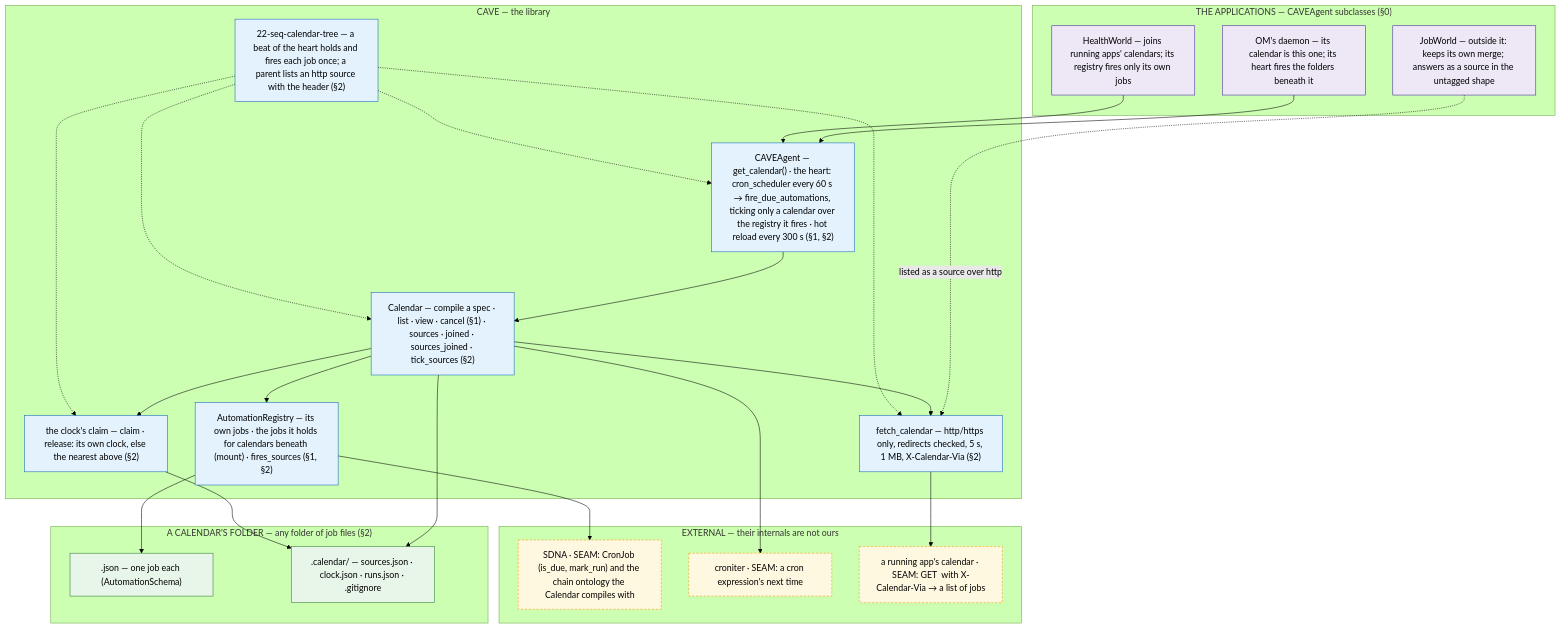
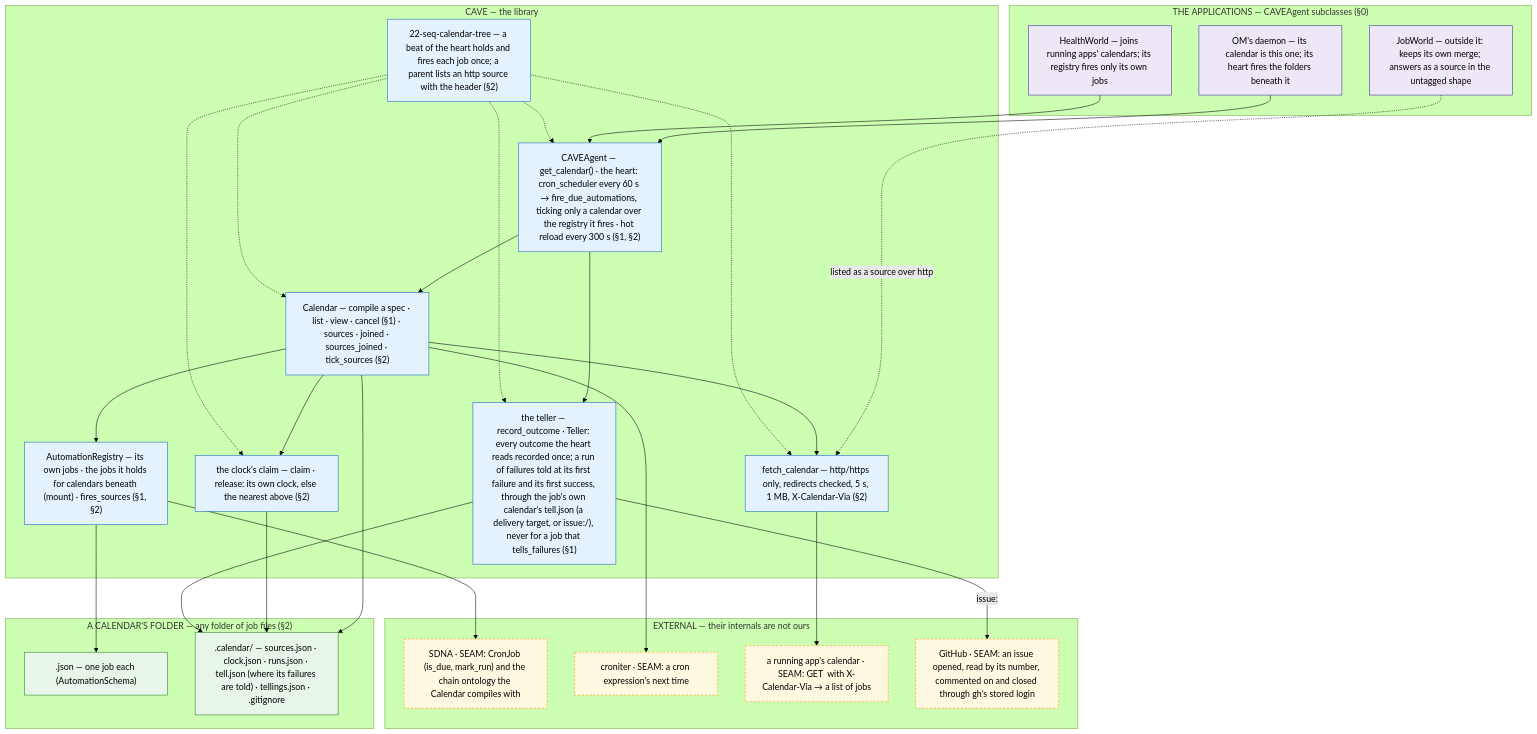
The diagram in .claude/rules/21-architecture-diagrams.md (sancovp/cave), drawn with Mermaid (forest theme) before and after one commit. The commit also changed 14 other files, not shown here.

````diff
--- a/.claude/rules/21-architecture-diagrams.md
+++ b/.claude/rules/21-architecture-diagrams.md
@@ -12,48 +12,54 @@
 ```mermaid
 flowchart TB
   classDef app fill:#ede7f6,stroke:#4527a0;
   classDef core fill:#e3f2fd,stroke:#1565c0;
   classDef store fill:#e8f5e9,stroke:#2e7d32;
   classDef dep fill:#fff8e1,stroke:#ff8f00,stroke-dasharray:4 3;
 
   subgraph APPS["THE APPLICATIONS — CAVEAgent subclasses (§0)"]
     OM["OM's daemon — its calendar is this one; its heart fires the folders beneath it"]:::app
     HW["HealthWorld — joins running apps' calendars; its registry fires only its own jobs"]:::app
     JW["JobWorld — outside it: keeps its own merge; answers as a source in the untagged shape"]:::app
   end
   subgraph CAVE["CAVE — the library"]
     AGENT["CAVEAgent — get_calendar() · the heart: cron_scheduler every 60 s → fire_due_automations, ticking only a calendar over the registry it fires · hot reload every 300 s (§1, §2)"]:::core
     CAL["Calendar — compile a spec · list · view · cancel (§1) · sources · joined · sources_joined · tick_sources (§2)"]:::core
     CLAIM["the clock's claim — claim · release: its own clock, else the nearest above (§2)"]:::core
     REG["AutomationRegistry — its own jobs · the jobs it holds for calendars beneath (mount) · fires_sources (§1, §2)"]:::core
     FETCH["fetch_calendar — http/https only, redirects checked, 5 s, 1 MB, X-Calendar-Via (§2)"]:::core
+    TELL["the teller — record_outcome · Teller: every outcome the heart reads recorded once; a run of failures told at its first failure and its first success, through the job's own calendar's tell.json (a delivery target, or issue:<owner>/<repo>), never for a job that tells_failures (§1)"]:::core
     FLOW["22-seq-calendar-tree — a beat of the heart holds and fires each job once; a parent lists an http source with the header (§2)"]:::core
   end
   subgraph STORES["A CALENDAR'S FOLDER — any folder of job files (§2)"]
     JOBS["<name>.json — one job each (AutomationSchema)"]:::store
-    META[".calendar/ — sources.json · clock.json · runs.json · .gitignore"]:::store
+    META[".calendar/ — sources.json · clock.json · runs.json · tell.json (where its failures are told) · tellings.json · .gitignore"]:::store
   end
   subgraph DEPS["EXTERNAL — their internals are not ours"]
     SDNA["SDNA · SEAM: CronJob (is_due, mark_run) and the chain ontology the Calendar compiles with"]:::dep
     CRON["croniter · SEAM: a cron expression's next time"]:::dep
     PEER["a running app's calendar · SEAM: GET <url> with X-Calendar-Via → a list of jobs"]:::dep
+    GH["GitHub · SEAM: an issue opened, read by its number, commented on and closed through gh's stored login"]:::dep
   end
 
   OM --> AGENT
   HW --> AGENT
   JW -.->|"listed as a source over http"| FETCH
   AGENT --> CAL
   CAL --> REG
   CAL --> CLAIM
   CAL --> FETCH
   REG --> JOBS
   CAL --> META
   CLAIM --> META
   REG --> SDNA
   CAL --> CRON
   FETCH --> PEER
+  AGENT --> TELL
+  TELL --> META
+  TELL -->|"issue:"| GH
+  FLOW -.-> TELL
   FLOW -.-> AGENT
   FLOW -.-> CAL
   FLOW -.-> CLAIM
   FLOW -.-> FETCH
 ```
````
